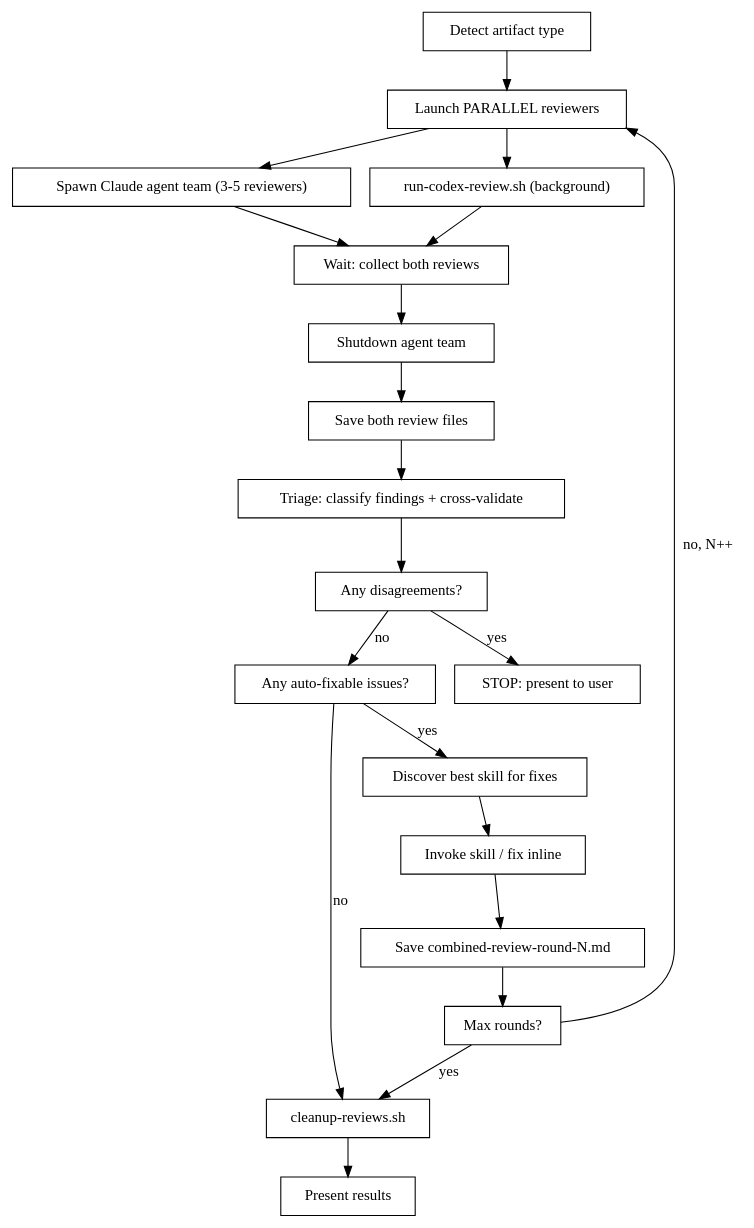
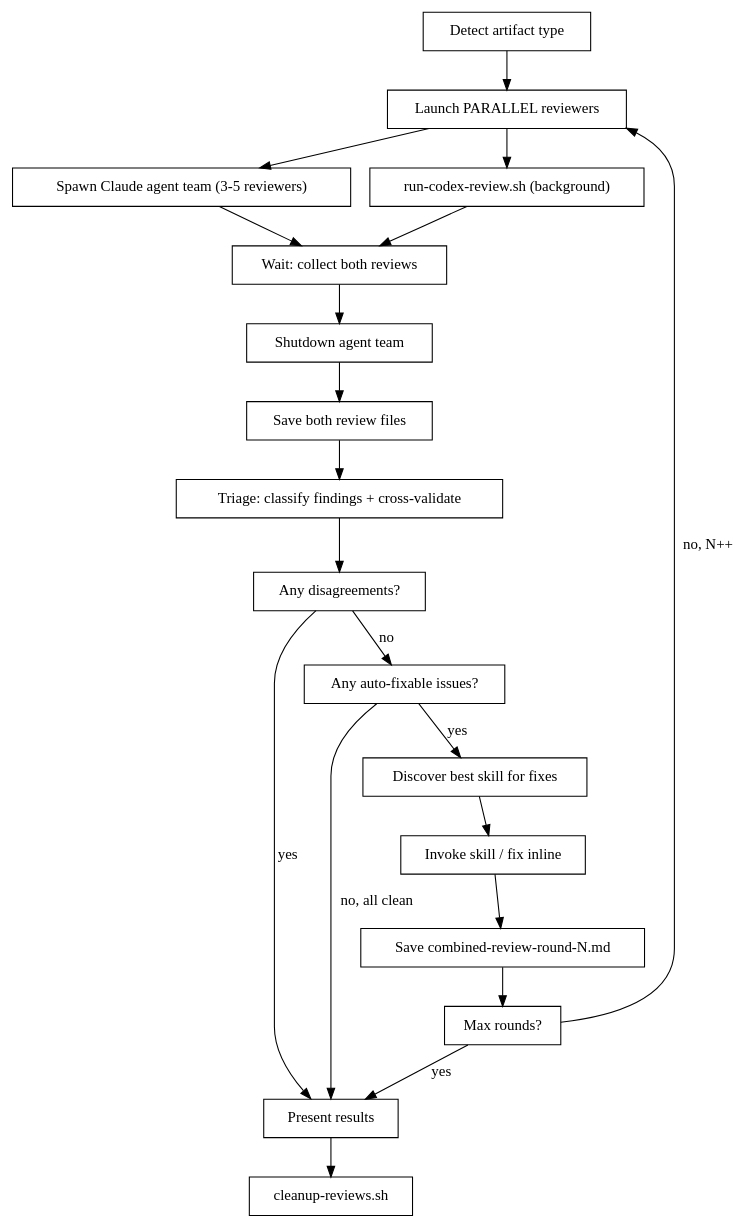
Before and after one commit to DmitriyYukhanov/claude-plugins: the diagram in plugins/cross-review/skills/cross-review/SKILL.md, drawn with Graphviz. The commit also changed other lines of this file and 5 other files, not shown here.

First line of the commit message:
Fix cross-review skill issues and add skill-creation guide (v1.5.1)

````diff
--- a/plugins/cross-review/skills/cross-review/SKILL.md
+++ b/plugins/cross-review/skills/cross-review/SKILL.md
@@ -65,30 +70,30 @@
 ```dot
 digraph cross_review_loop {
     rankdir=TB;
     node [shape=box];
 
     "Detect artifact type" -> "Launch PARALLEL reviewers";
     "Launch PARALLEL reviewers" -> "Spawn Claude agent team (3-5 reviewers)";
     "Launch PARALLEL reviewers" -> "run-codex-review.sh (background)";
     "Spawn Claude agent team (3-5 reviewers)" -> "Wait: collect both reviews";
     "run-codex-review.sh (background)" -> "Wait: collect both reviews";
     "Wait: collect both reviews" -> "Shutdown agent team";
     "Shutdown agent team" -> "Save both review files";
     "Save both review files" -> "Triage: classify findings + cross-validate";
 
-    "Triage: classify findings + cross-validate" -> "Any disagreements?" [shape=diamond];
-    "Any disagreements?" -> "STOP: present to user" [label="yes"];
+    "Triage: classify findings + cross-validate" -> "Any disagreements?";
+    "Any disagreements?" -> "Present results" [label="yes"];
     "Any disagreements?" -> "Any auto-fixable issues?" [label="no"];
 
     "Any auto-fixable issues?" -> "Discover best skill for fixes" [label="yes"];
-    "Any auto-fixable issues?" -> "cleanup-reviews.sh" [label="no"];
+    "Any auto-fixable issues?" -> "Present results" [label="no, all clean"];
 
     "Discover best skill for fixes" -> "Invoke skill / fix inline";
     "Invoke skill / fix inline" -> "Save combined-review-round-N.md";
-    "Save combined-review-round-N.md" -> "Max rounds?" [shape=diamond];
-    "Max rounds?" -> "cleanup-reviews.sh" [label="yes"];
+    "Save combined-review-round-N.md" -> "Max rounds?";
+    "Max rounds?" -> "Present results" [label="yes"];
     "Max rounds?" -> "Launch PARALLEL reviewers" [label="no, N++"];
 
-    "cleanup-reviews.sh" -> "Present results";
+    "Present results" -> "cleanup-reviews.sh";
 }
 ```
````
